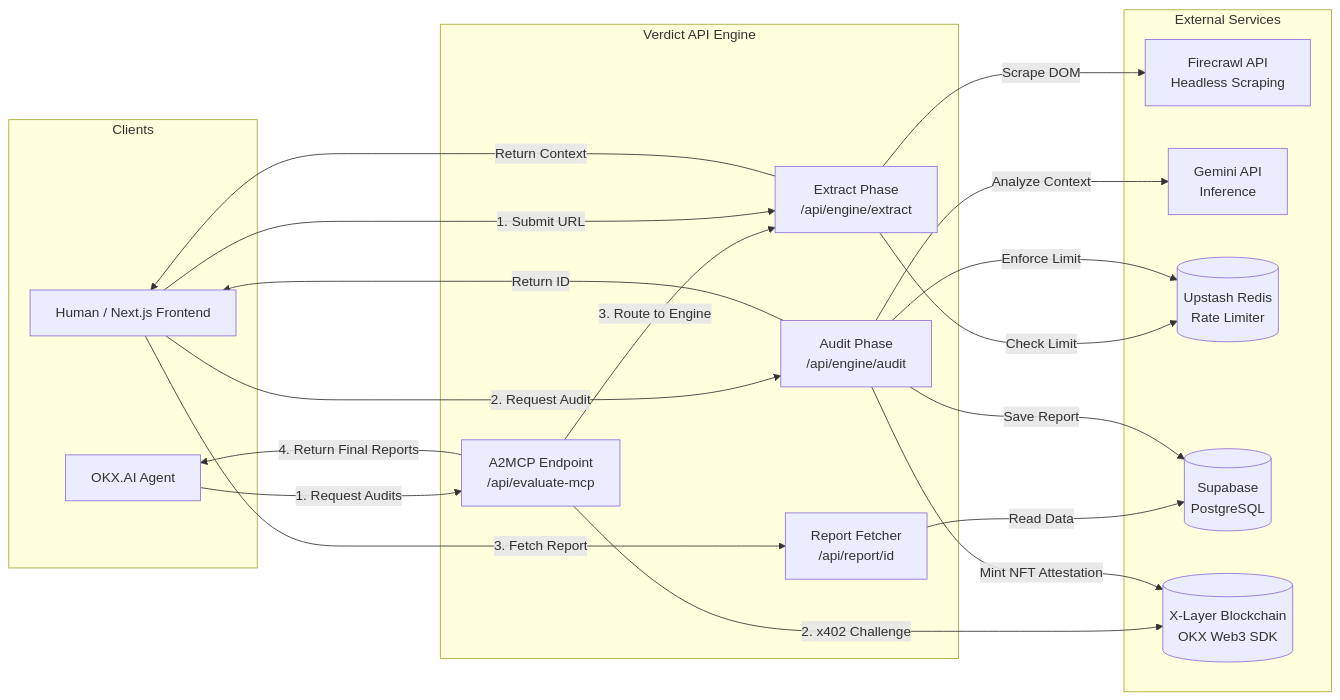
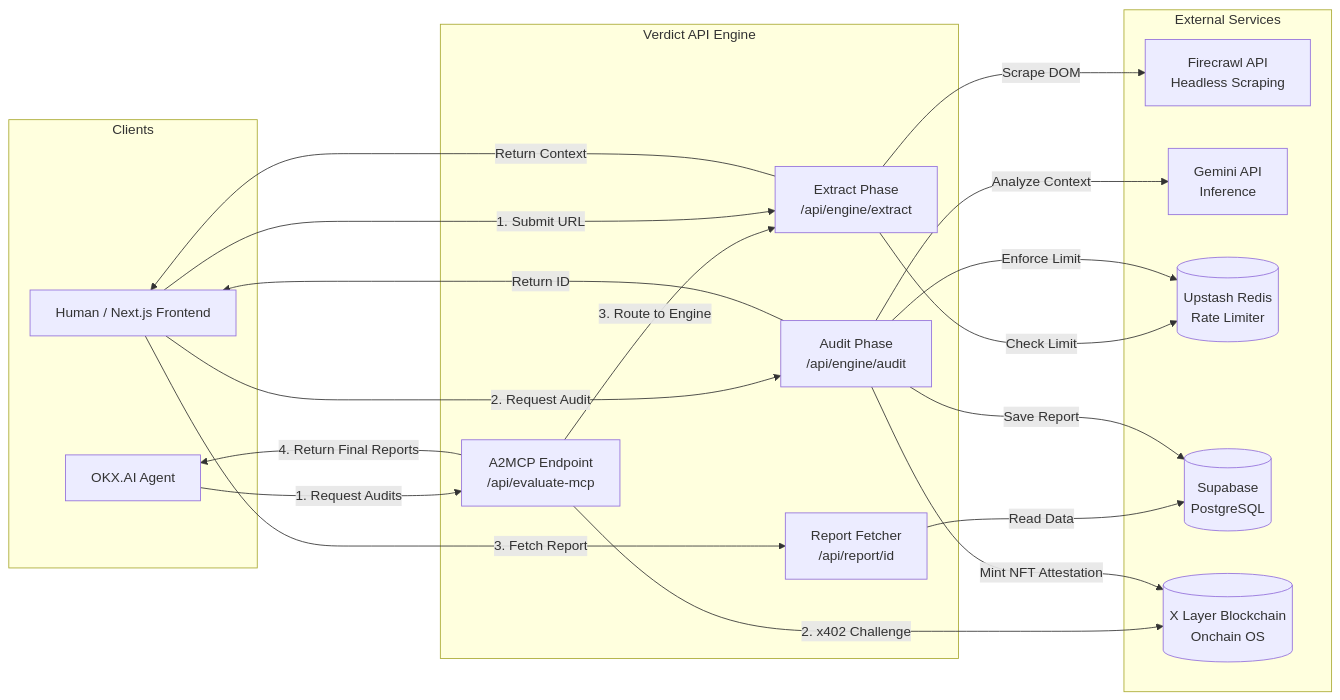
One commit to eugenennamdi/verdict changed the diagram in README.md. Above: the diagram before and after it, drawn with Mermaid. The commit also changed other lines of this file and 1 other file, not shown here.

````diff
--- a/README.md
+++ b/README.md
@@ -91,45 +91,45 @@
 ```mermaid
 flowchart LR
   subgraph Clients
     A[Human / Next.js Frontend]
     Agent[OKX.AI Agent]
   end
 
   subgraph Verdict API Engine
     H[A2MCP Endpoint<br/>/api/evaluate-mcp]
     B[Extract Phase<br/>/api/engine/extract]
     C[Audit Phase<br/>/api/engine/audit]
     I[Report Fetcher<br/>/api/report/id]
   end
 
   subgraph External Services
     D[Firecrawl API<br/>Headless Scraping]
     E[Gemini API<br/>Inference]
     F[(Upstash Redis<br/>Rate Limiter)]
     G[(Supabase<br/>PostgreSQL)]
-    J[(X-Layer Blockchain<br/>OKX Web3 SDK)]
+    J[(X Layer Blockchain<br/>Onchain OS)]
   end
 
   %% Agent Flow A2MCP
   Agent -->|1. Request Audits| H
   H -->|2. x402 Challenge| J
   H -->|3. Route to Engine| B
   H -->|4. Return Final Reports| Agent
 
   %% Human Flow
   A -->|1. Submit URL| B
   A -->|2. Request Audit| C
   A -->|3. Fetch Report| I
   
   %% Internal Data Flow
   I -->|Read Data| G
   B -->|Scrape DOM| D
   B -->|Check Limit| F
   B -->|Return Context| A
   
   C -->|Analyze Context| E
   C -->|Enforce Limit| F
   C -->|Save Report| G
   C -->|Mint NFT Attestation| J
   C -->|Return ID| A
 ```
````
